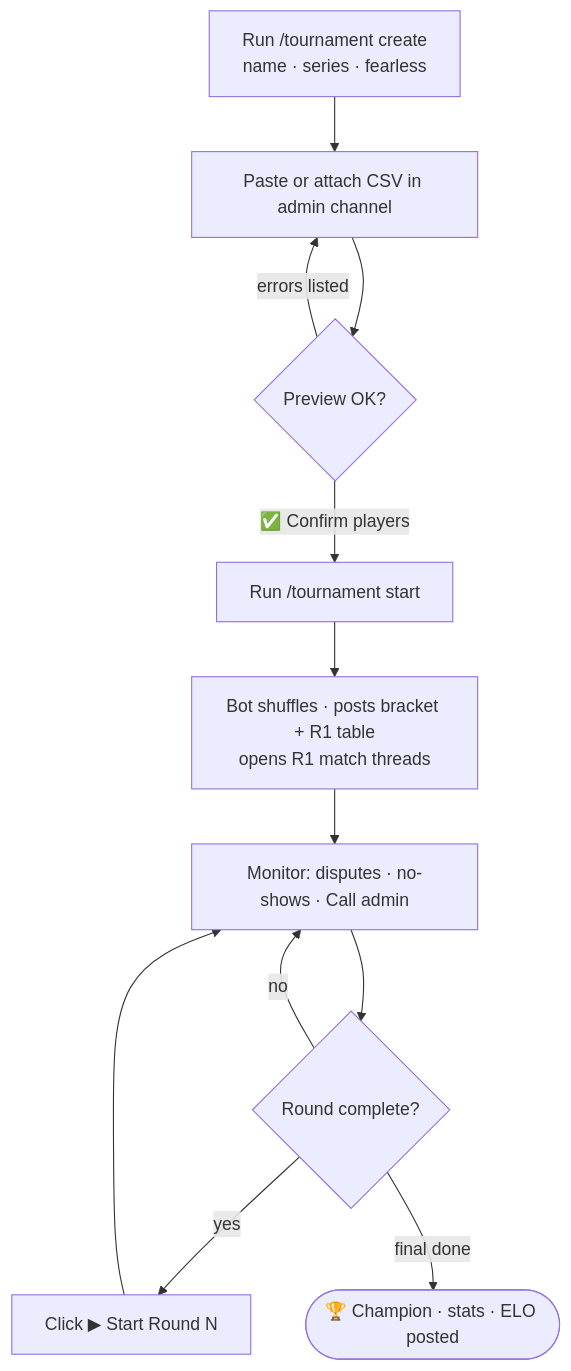
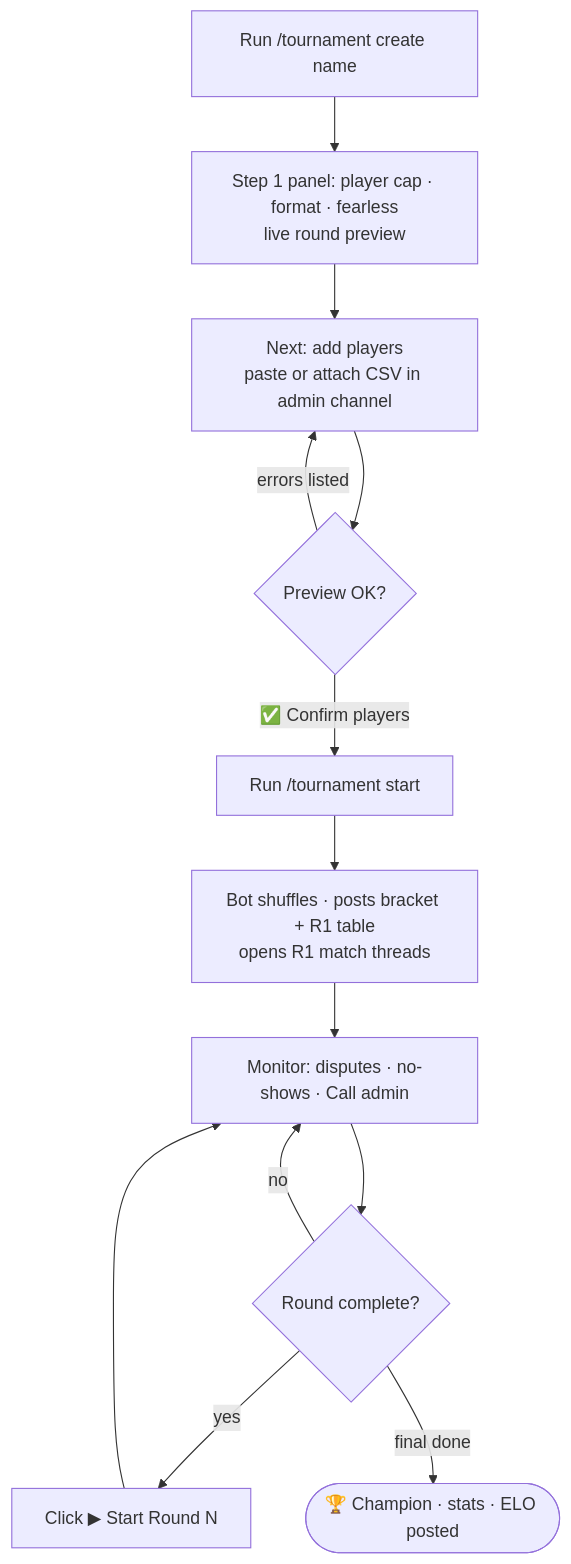
One commit to lunaxoniichan/aniimo-pvp changed the second of 9 diagrams in docs/SYSTEM_DESIGN.md. Above: the diagram before and after it, drawn with Mermaid. The commit also changed other lines of this file and 1 other file, not shown here.

First line of the commit message:
Docs: add create step formats and approved UI decisions

````diff
--- a/docs/SYSTEM_DESIGN.md
+++ b/docs/SYSTEM_DESIGN.md
@@ -64,13 +66,14 @@
 ```mermaid
 flowchart TD
-  A["Run /tournament create<br/>name · series · fearless"] --> B["Paste or attach CSV in admin channel"]
+  A0["Run /tournament create name"] --> A["Step 1 panel: player cap · format · fearless<br/>live round preview"]
+  A --> B["Next: add players<br/>paste or attach CSV in admin channel"]
   B --> C{"Preview OK?"}
   C -- "errors listed" --> B
   C -- "✅ Confirm players" --> D["Run /tournament start"]
   D --> E["Bot shuffles · posts bracket + R1 table<br/>opens R1 match threads"]
   E --> F["Monitor: disputes · no-shows · Call admin"]
   F --> G{"Round complete?"}
   G -- "no" --> F
   G -- "yes" --> H["Click ▶ Start Round N"] --> F
   G -- "final done" --> I(["🏆 Champion · stats · ELO posted"])
 ```
````
